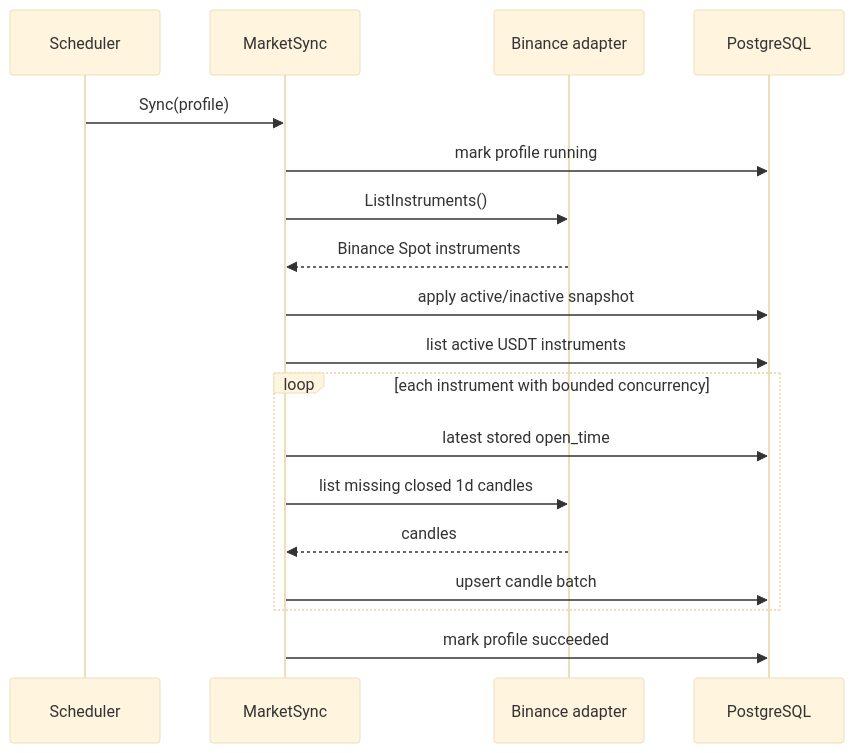
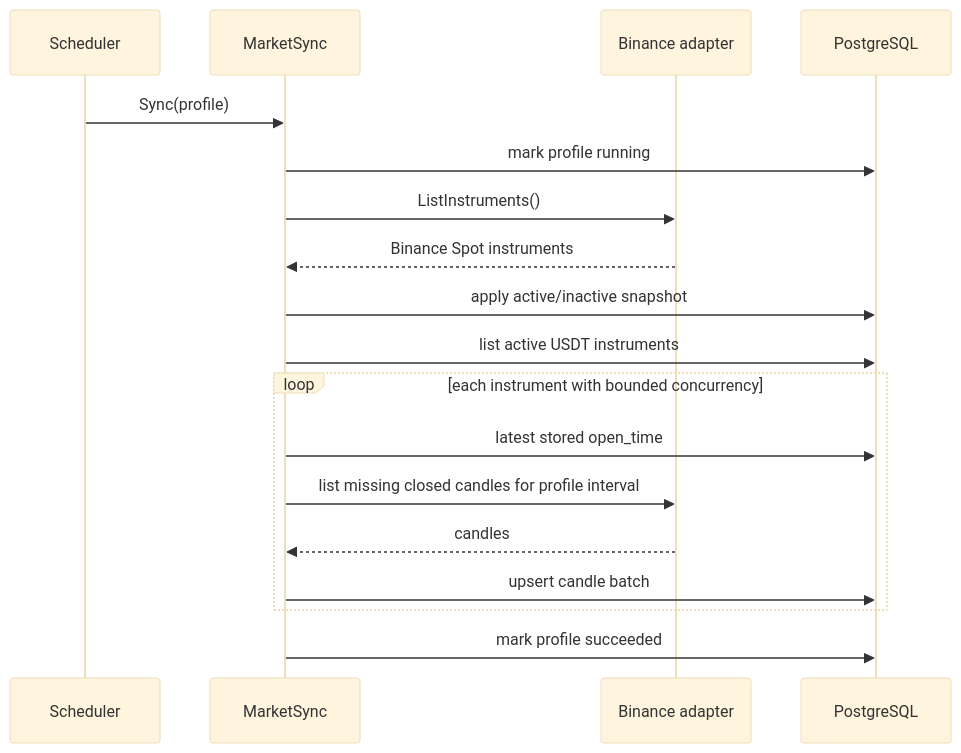
The fourth of 4 diagrams in CryptoScanner_Spec.md (Zver64/crypto_scaner), drawn with Mermaid (base theme) before and after one commit. The commit also changed other lines of this file and 45 other files, not shown here.

````diff
--- a/CryptoScanner_Spec.md
+++ b/CryptoScanner_Spec.md
@@ -336,21 +336,21 @@
 ```mermaid
 sequenceDiagram
     participant S as Scheduler
     participant M as MarketSync
     participant B as Binance adapter
     participant P as PostgreSQL
 
     S->>M: Sync(profile)
     M->>P: mark profile running
     M->>B: ListInstruments()
     B-->>M: Binance Spot instruments
     M->>P: apply active/inactive snapshot
     M->>P: list active USDT instruments
     loop each instrument with bounded concurrency
         M->>P: latest stored open_time
-        M->>B: list missing closed 1d candles
+        M->>B: list missing closed candles for profile interval
         B-->>M: candles
         M->>P: upsert candle batch
     end
     M->>P: mark profile succeeded
 ```
````
